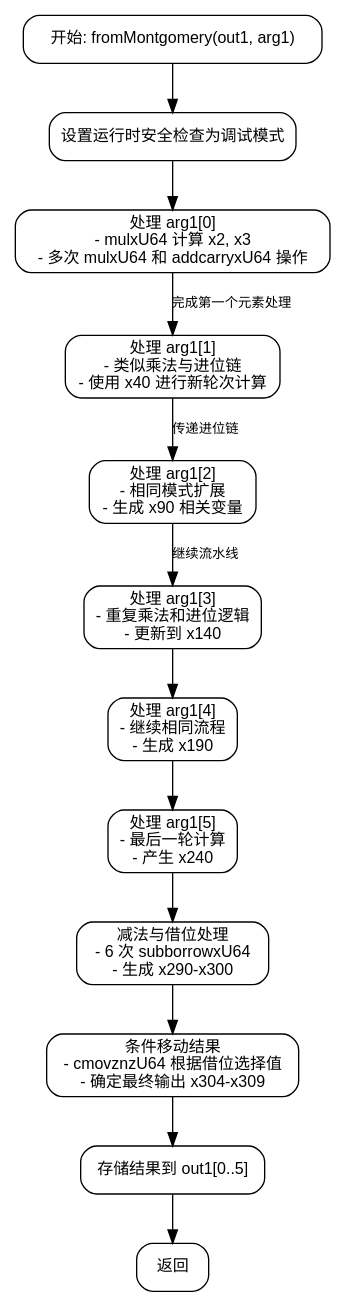
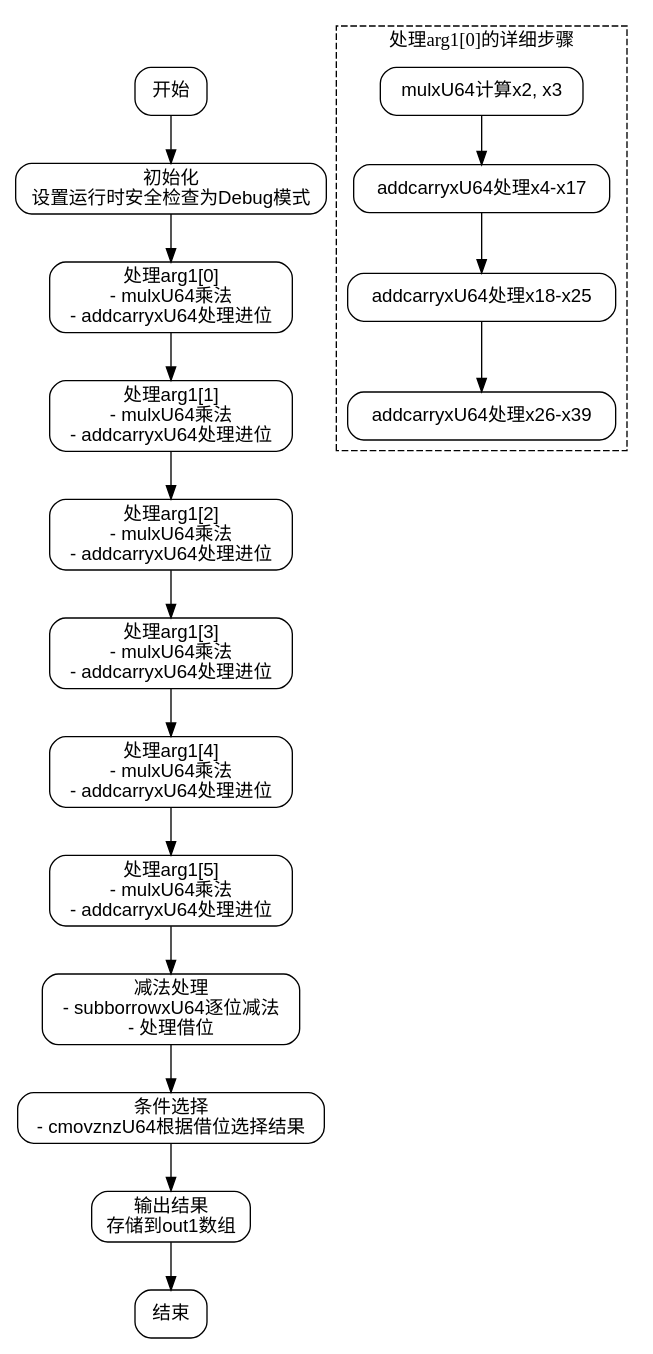
One commit to sdzx-1/deepseek-zig-reader changed the diagram in dot_std/crypto/pcurves/p384/p384_64.zig.fromMontgomery.md. Above: the diagram before and after it, drawn with Graphviz. The commit also changed other lines of this file and 236 other files, not shown here.

````diff
--- a/dot_std/crypto/pcurves/p384/p384_64.zig.fromMontgomery.md
+++ b/dot_std/crypto/pcurves/p384/p384_64.zig.fromMontgomery.md
@@ -22,31 +31,42 @@
-```dot
+```graphviz
 digraph flowchart {
-    node [shape=rectangle, style="rounded", fontname="Helvetica", fontsize=12];
-    edge [fontname="Helvetica", fontsize=10];
+    node [shape=rectangle, style="rounded", fontname="Helvetica"];
+    edge [fontname="Helvetica"];
 
-    start [label="开始: fromMontgomery(out1, arg1)"];
-    setup [label="设置运行时安全检查为调试模式"];
-    process_arg1_0 [label="处理 arg1[0]\n- mulxU64 计算 x2, x3\n- 多次 mulxU64 和 addcarryxU64 操作"];
-    process_arg1_1 [label="处理 arg1[1]\n- 类似乘法与进位链\n- 使用 x40 进行新轮次计算"];
-    process_arg1_2 [label="处理 arg1[2]\n- 相同模式扩展\n- 生成 x90 相关变量"];
-    process_arg1_3 [label="处理 arg1[3]\n- 重复乘法和进位逻辑\n- 更新到 x140"];
-    process_arg1_4 [label="处理 arg1[4]\n- 继续相同流程\n- 生成 x190"];
-    process_arg1_5 [label="处理 arg1[5]\n- 最后一轮计算\n- 产生 x240"];
-    subtraction_block [label="减法与借位处理\n- 6 次 subborrowxU64\n- 生成 x290-x300"];
-    conditional_move [label="条件移动结果\n- cmovznzU64 根据借位选择值\n- 确定最终输出 x304-x309"];
-    store_result [label="存储结果到 out1[0..5]"];
-    end [label="返回"];
+    start [label="开始"];
+    init [label="初始化\n设置运行时安全检查为Debug模式"];
+    process_arg1_0 [label="处理arg1[0]\n- mulxU64乘法\n- addcarryxU64处理进位"];
+    process_arg1_1 [label="处理arg1[1]\n- mulxU64乘法\n- addcarryxU64处理进位"];
+    process_arg1_2 [label="处理arg1[2]\n- mulxU64乘法\n- addcarryxU64处理进位"];
+    process_arg1_3 [label="处理arg1[3]\n- mulxU64乘法\n- addcarryxU64处理进位"];
+    process_arg1_4 [label="处理arg1[4]\n- mulxU64乘法\n- addcarryxU64处理进位"];
+    process_arg1_5 [label="处理arg1[5]\n- mulxU64乘法\n- addcarryxU64处理进位"];
+    subtract_borrow [label="减法处理\n- subborrowxU64逐位减法\n- 处理借位"];
+    conditional_select [label="条件选择\n- cmovznzU64根据借位选择结果"];
+    output [label="输出结果\n存储到out1数组"];
+    end [label="结束"];
 
-    start -> setup;
-    setup -> process_arg1_0;
-    process_arg1_0 -> process_arg1_1 [label="完成第一个元素处理"];
-    process_arg1_1 -> process_arg1_2 [label="传递进位链"];
-    process_arg1_2 -> process_arg1_3 [label="继续流水线"];
+    start -> init;
+    init -> process_arg1_0;
+    process_arg1_0 -> process_arg1_1;
+    process_arg1_1 -> process_arg1_2;
+    process_arg1_2 -> process_arg1_3;
     process_arg1_3 -> process_arg1_4;
     process_arg1_4 -> process_arg1_5;
-    process_arg1_5 -> subtraction_block;
-    subtraction_block -> conditional_move;
-    conditional_move -> store_result;
-    store_result -> end;
+    process_arg1_5 -> subtract_borrow;
+    subtract_borrow -> conditional_select;
+    conditional_select -> output;
+    output -> end;
+
+    // 内部结构示例（以process_arg1_0为例）
+    subgraph cluster_arg1_0 {
+        label="处理arg1[0]的详细步骤";
+        style="dashed";
+        mul1 [label="mulxU64计算x2, x3"];
+        addcarry1 [label="addcarryxU64处理x4-x17"];
+        addcarry2 [label="addcarryxU64处理x18-x25"];
+        addcarry3 [label="addcarryxU64处理x26-x39"];
+        mul1 -> addcarry1 -> addcarry2 -> addcarry3;
+    }
 }
-```
+``` 
````
